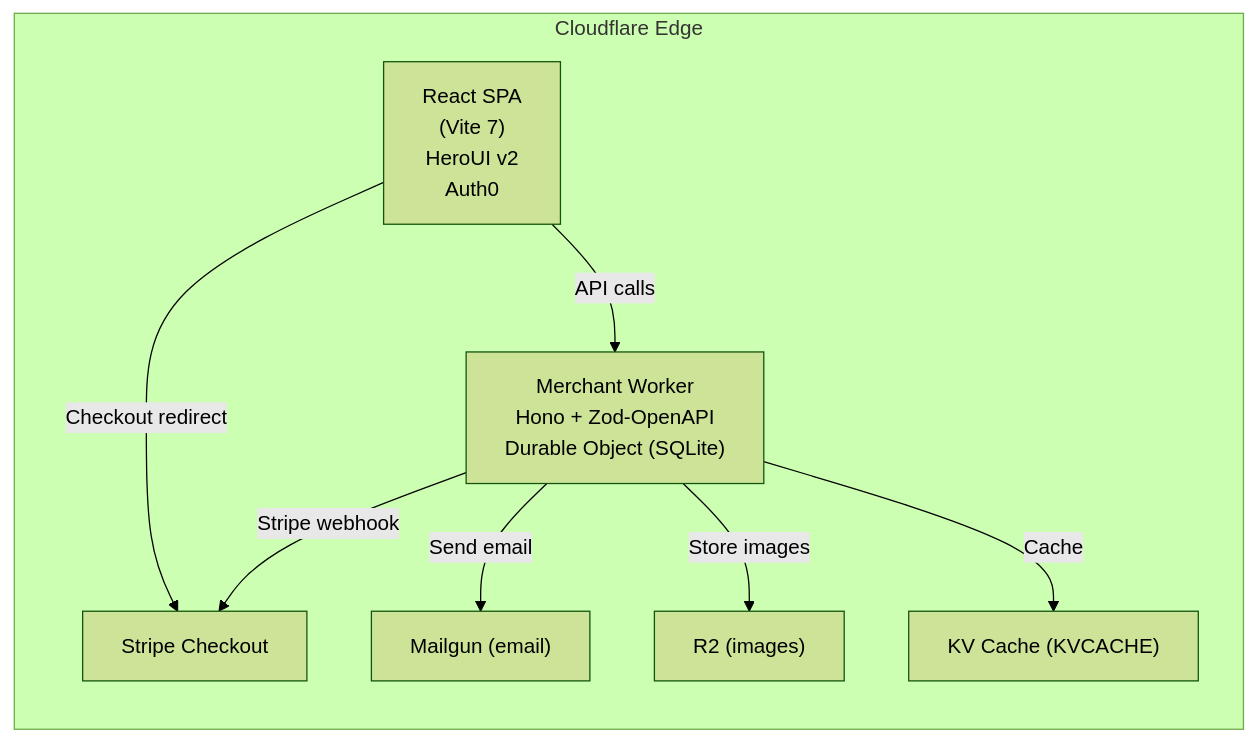
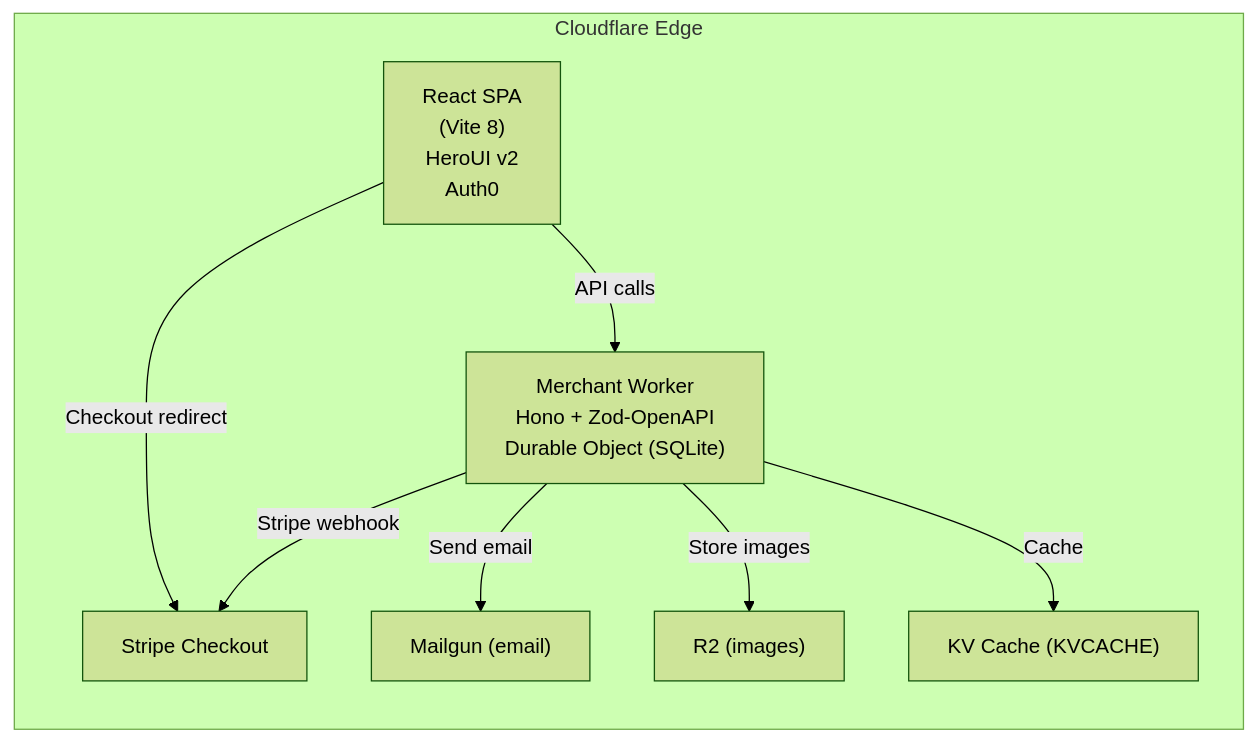
One commit to reviewtopperjhanik-a11y/fufuni changed the diagram in README.md. Above: the diagram before and after it, drawn with Mermaid (forest theme). The commit also changed other lines of this file, not shown here.

Commit message:
fix: update to Vite 8 and enhance Auth0 configuration details

````diff
--- a/README.md
+++ b/README.md
@@ -149,18 +149,18 @@
 ```mermaid
 flowchart LR
   subgraph Cloudflare Edge
-    React["React SPA<br/>(Vite 7)<br/>HeroUI v2<br/>Auth0"]
+    React["React SPA<br/>(Vite 8)<br/>HeroUI v2<br/>Auth0"]
     Merchant["Merchant Worker<br/>Hono + Zod-OpenAPI<br/>Durable Object (SQLite)"]
     Stripe["Stripe Checkout"]
     Mailgun["Mailgun (email)"]
     R2["R2 (images)"]
     KV["KV Cache (KVCACHE)"]
   end
 
   React -->|API calls| Merchant
   React -->|Checkout redirect| Stripe
   Merchant -->|Stripe webhook| Stripe
   Merchant -->|Send email| Mailgun
   Merchant -->|Store images| R2
   Merchant -->|Cache| KV
 ```
````
